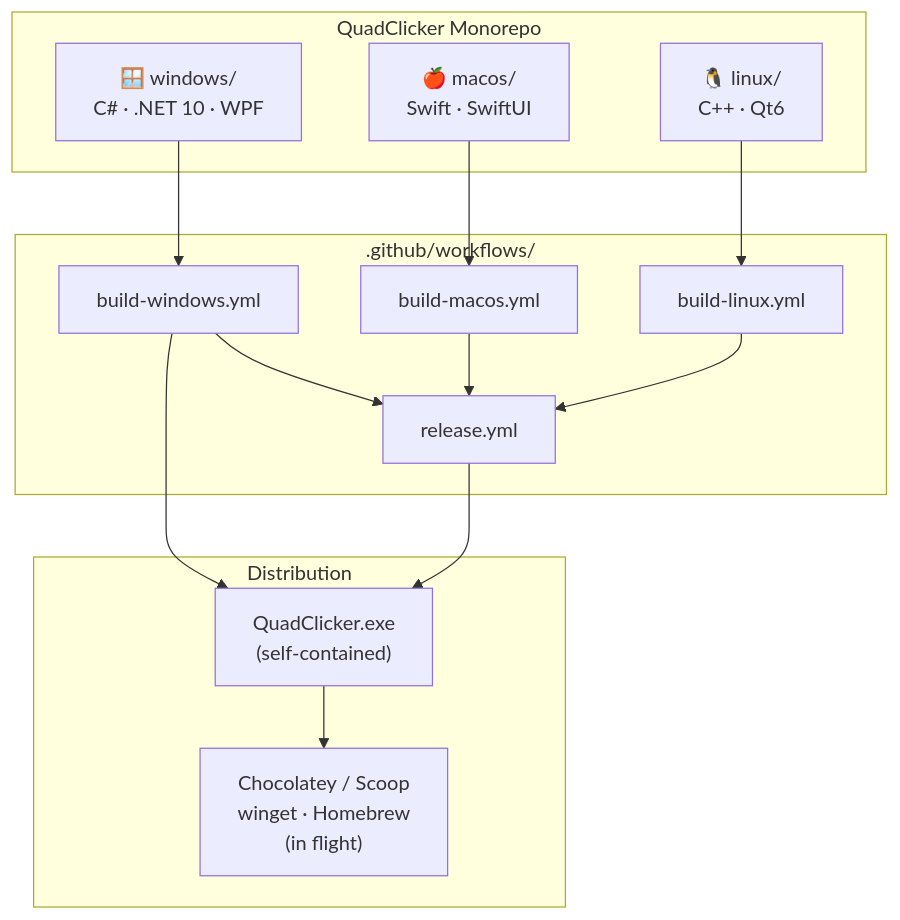
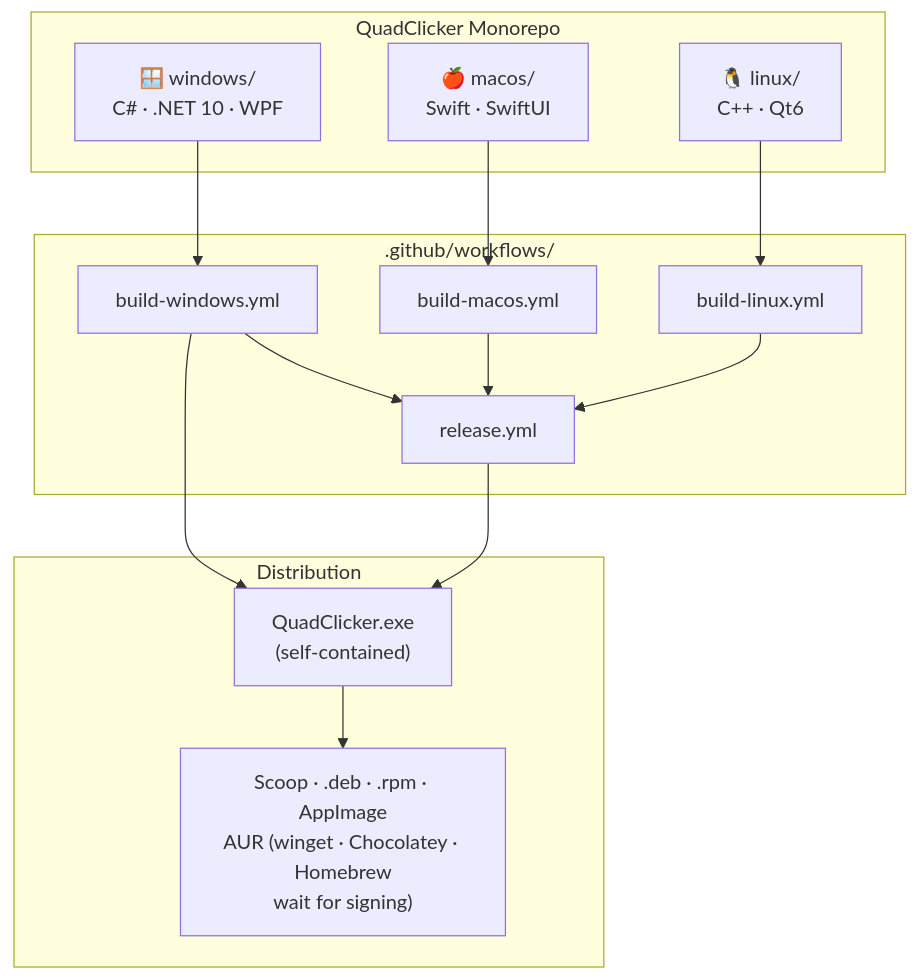
Before and after one commit to Quadstronaut/QuadClicker: the first of 2 diagrams in README.md, drawn with Mermaid. The commit also changed other lines of this file and 32 other files, not shown here.

First line of the commit message:
QCLK-9 Packaging wave 1: draft releases, deb/rpm/AppImage, Scoop bucket, AUR, version unification (#28)

````diff
--- a/README.md
+++ b/README.md
@@ -93,26 +96,26 @@
 ```mermaid
 graph TD
     subgraph Monorepo["QuadClicker Monorepo"]
         W["🪟 windows/<br/>C# · .NET 10 · WPF"]
         M["🍎 macos/<br/>Swift · SwiftUI"]
         L["🐧 linux/<br/>C++ · Qt6"]
     end
 
     subgraph CI[".github/workflows/"]
         BW["build-windows.yml"]
         BM["build-macos.yml"]
         BL["build-linux.yml"]
         R["release.yml"]
     end
 
     subgraph Dist["Distribution"]
         EXE["QuadClicker.exe<br/>(self-contained)"]
-        PKG["Chocolatey / Scoop<br/>winget · Homebrew<br/>(in flight)"]
+        PKG["Scoop · .deb · .rpm · AppImage<br/>AUR (winget · Chocolatey · Homebrew<br/>wait for signing)"]
     end
 
     W --> BW --> EXE
     M --> BM
     L --> BL
     BW & BM & BL --> R --> EXE
     EXE --> PKG
 ```
````
